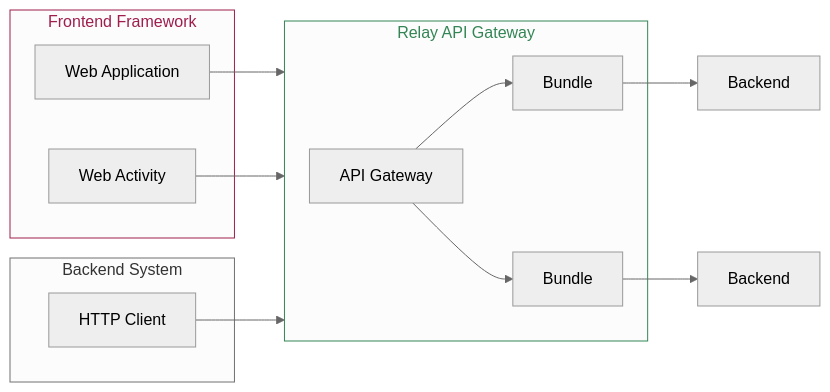
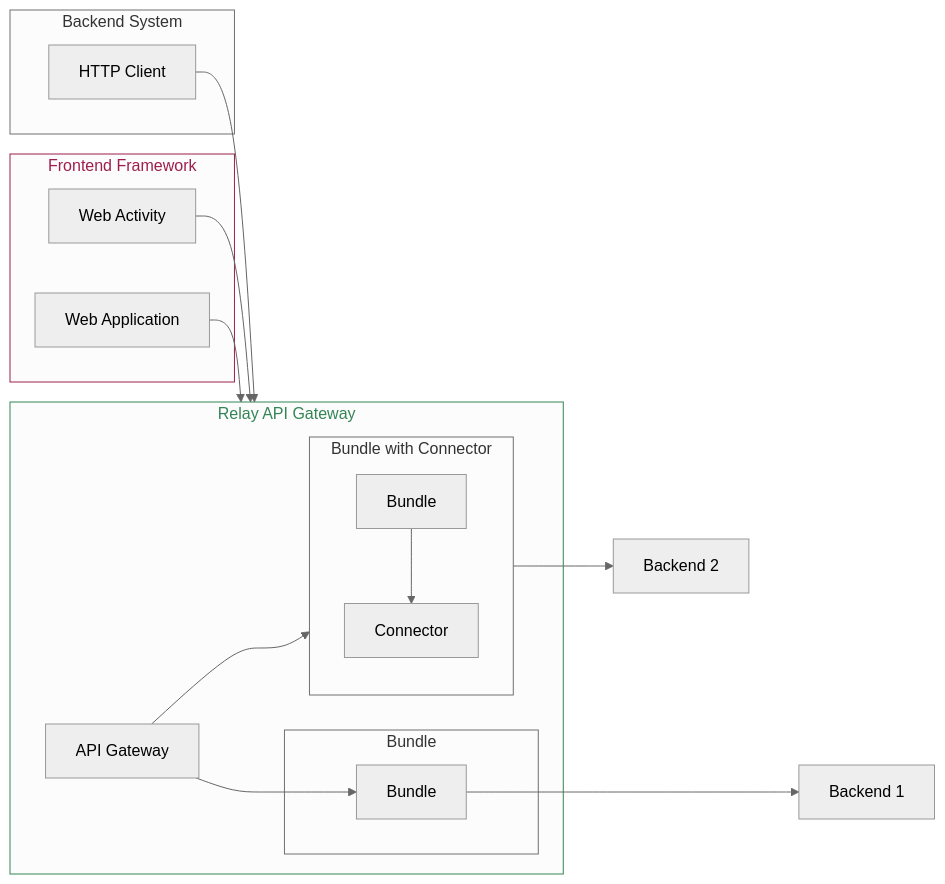
One commit to digital-blueprint/handbook changed the diagram in docs/index.md. Above: the diagram before and after it, drawn with Mermaid (neutral theme).

Commit message:
Add connector to one bundle.

````diff
--- a/docs/index.md
+++ b/docs/index.md
@@ -6,33 +6,41 @@
 ```mermaid
 flowchart LR
     style gateway stroke:#338555,color:#338555
     style frontend stroke:#9e1e4d,color:#9e1e4d
 
     subgraph frontend["Frontend Framework"]
         webapp["Web Application"]
         activitiy["Web Activity"]
     end
 
     subgraph system["Backend System"]
         apiclient["HTTP Client"]
     end
 
     subgraph gateway["Relay API Gateway"]
         api["API Gateway"]
-        bundle_1["Bundle"]
-        bundle_2["Bundle"]
+        subgraph bundle_1["Bundle"]
+          bundle_1a["Bundle"]
+        end
+        subgraph bundle_2["Bundle with Connector"]
+          direction TB
+          bundle_2a["Bundle 2"]
+          connector["Connector"]
+        end
     end
 
-    backend_1["Backend"]
-    backend_2["Backend"]
+    backend_1["Backend 1"]
+    backend_2["Backend 2"]
+    
+    bundle_1a ---> backend_1
+    connector --> backend_2
 
-    bundle_1 --> backend_1
-    bundle_2 --> backend_2
-
-    api --> bundle_1
-    api --> bundle_2
+    api --> bundle_1a
+    api --> bundle_2a
 
     webapp --> gateway
     activitiy --> gateway
     apiclient --> gateway
+
+    bundle_2a["Bundle"] --> connector["Connector"]
 ```
````
